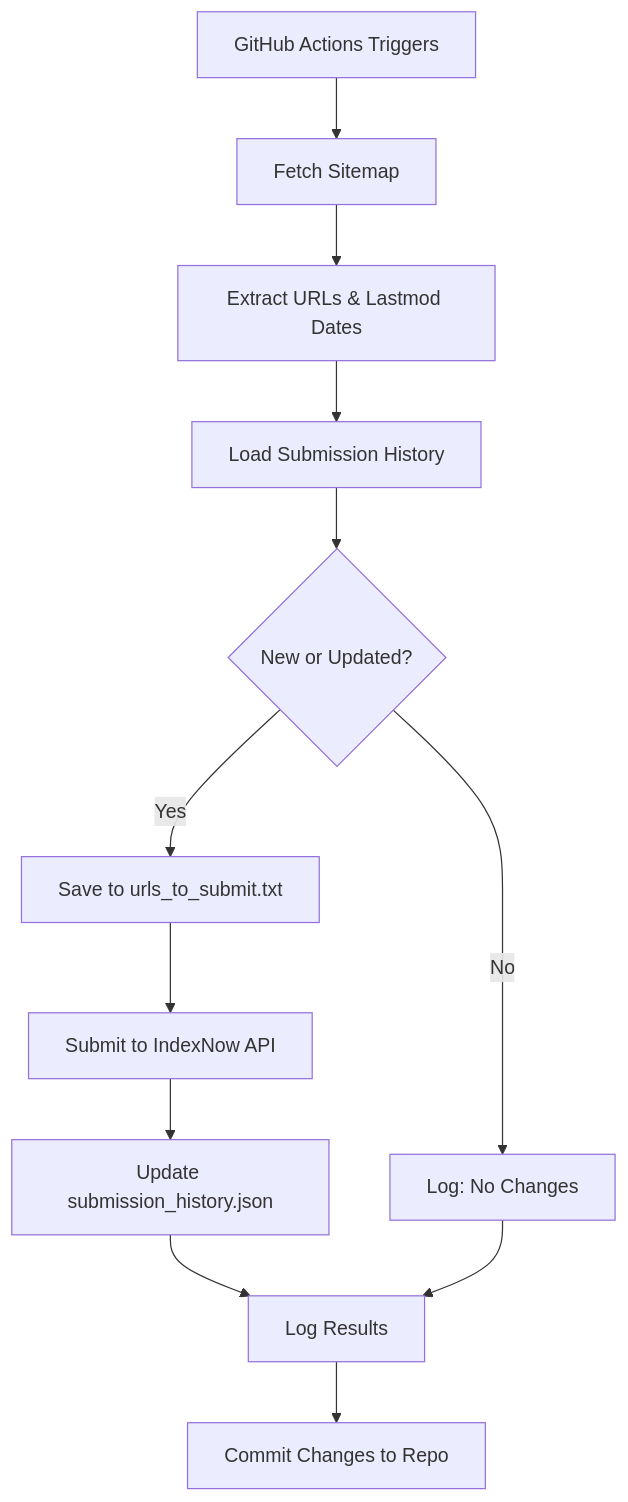
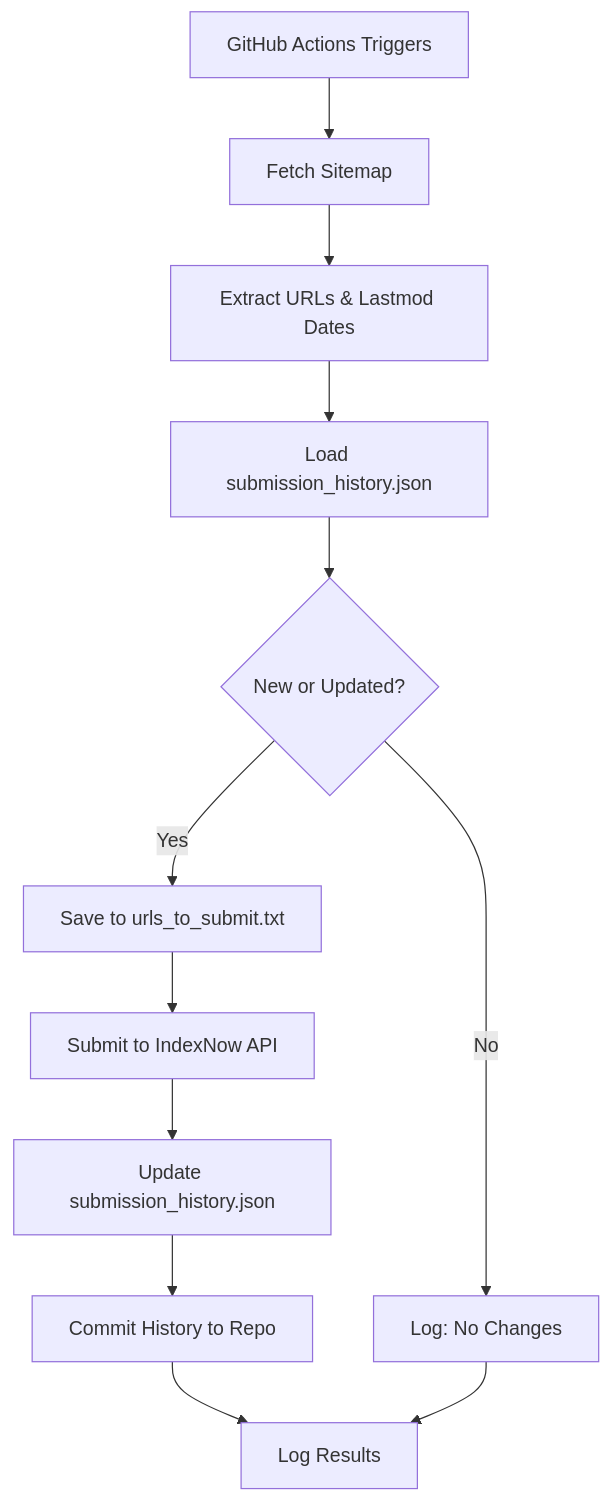
The diagram in README.md (gavirubihan/indexnow-github-actions), drawn with Mermaid before and after one commit. The commit also changed other lines of this file and 1 other file, not shown here.

Commit message:
docs: update README with detailed instructions on workflow permissions, history persistence, and smart change detection, while removing the legacy `submitted_urls.txt` file.

````diff
--- a/README.md
+++ b/README.md
@@ -204,14 +239,14 @@
 ```mermaid
 graph TD
     A[GitHub Actions Triggers] --> B[Fetch Sitemap]
     B --> C[Extract URLs & Lastmod Dates]
-    C --> D[Load Submission History]
+    C --> D[Load submission_history.json]
     D --> E{New or Updated?}
     E -->|Yes| F[Save to urls_to_submit.txt]
     E -->|No| G[Log: No Changes]
     F --> H[Submit to IndexNow API]
     H --> I[Update submission_history.json]
-    I --> J[Log Results]
-    G --> J
-    J --> K[Commit Changes to Repo]
+    I --> J[Commit History to Repo]
+    J --> K[Log Results]
+    G --> K
 ```
````
